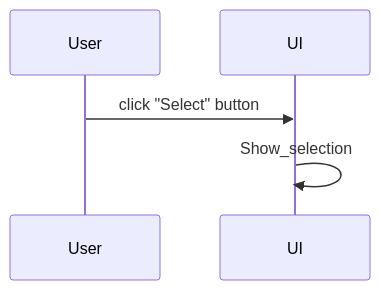
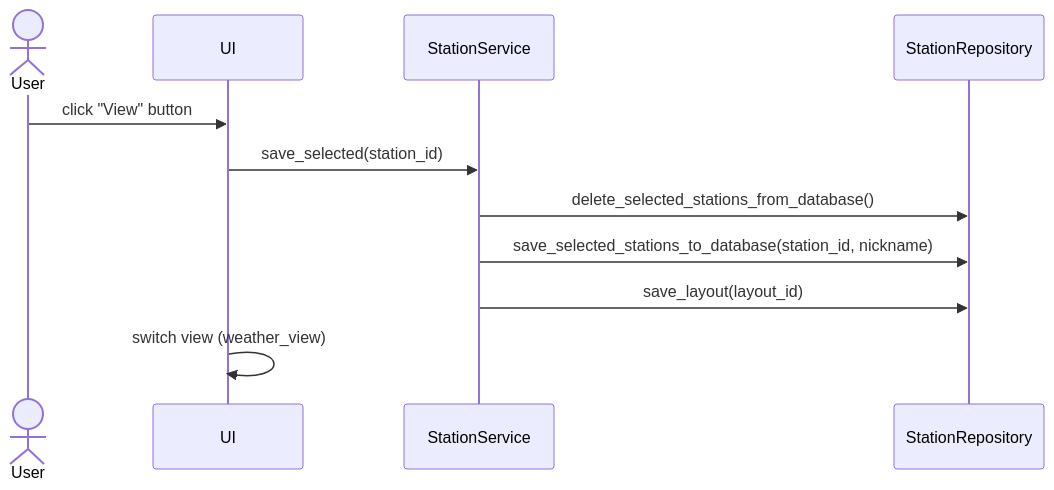
Before and after one commit to mcpaulafi/ot-harjoitustyo: the fourth of 5 diagrams in dokumentaatio/architecture.md, drawn with Mermaid. The commit also changed other lines of this file and 3 other files, not shown here.

````diff
--- a/dokumentaatio/architecture.md
+++ b/dokumentaatio/architecture.md
@@ -110,6 +147,17 @@
 ```mermaid
 sequenceDiagram
-    User->> UI: click "Select" button
-    UI->>UI: Show_selection
+    actor User
+    participant UI
+    participant StationService
+    participant StationRepository
+
+    User->> UI: click "View" button
+    UI->>StationService: save_selected(station_id)
+    StationService->>StationRepository: delete_selected_stations_from_database()
+    StationService->>StationRepository: save_selected_stations_to_database(station_id, nickname)
+    StationService->>StationRepository: save_layout(layout_id)
+
+    UI->>UI: switch view (weather_view)
+
 
 ```
````
